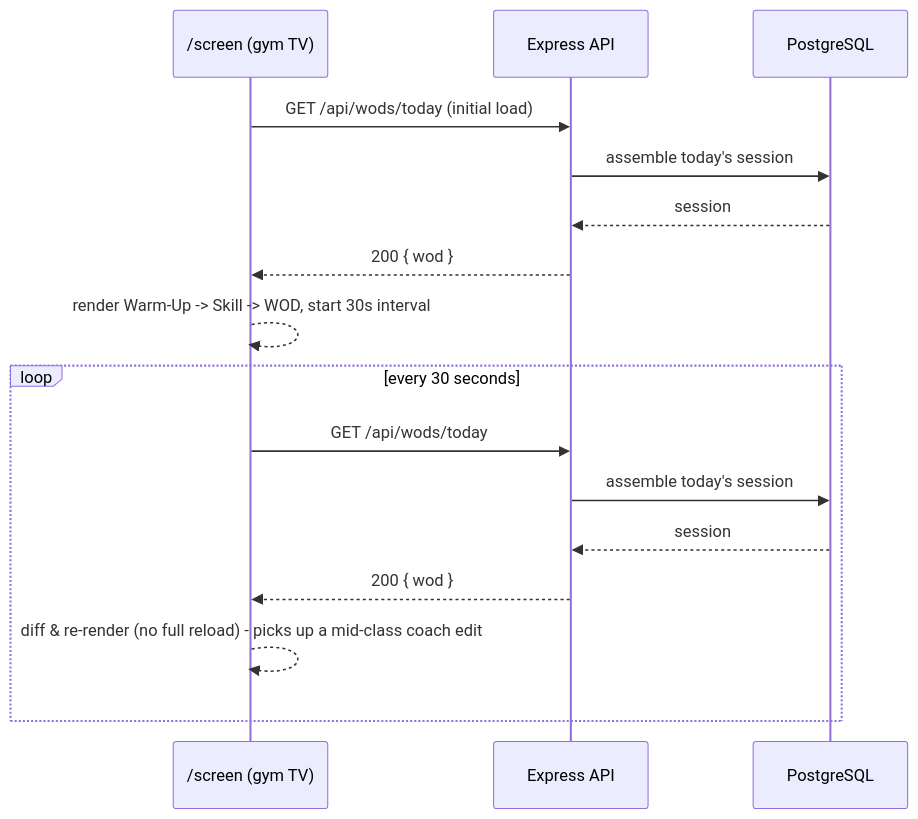
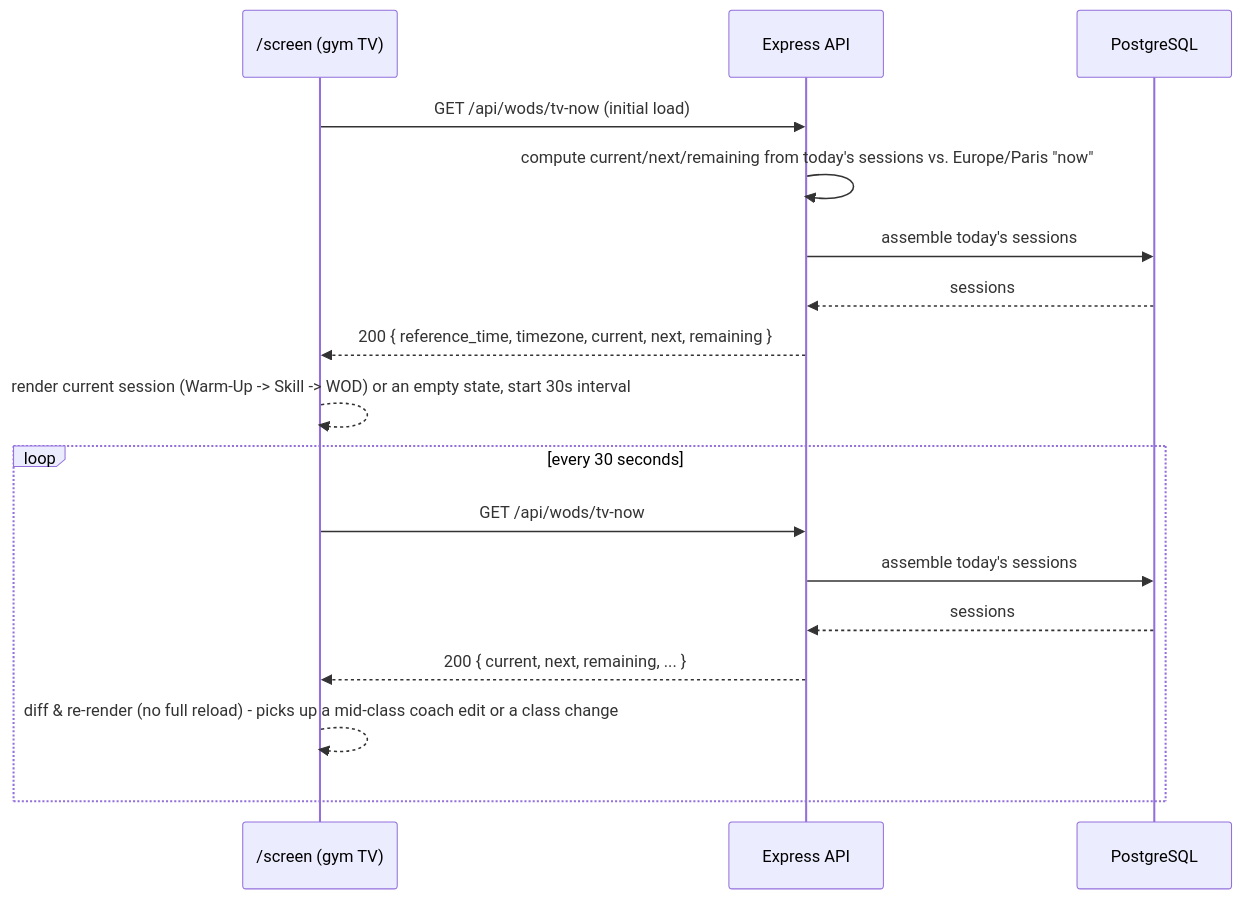
Before and after one commit to sharingankid/boxtrack: the fifth of 6 diagrams in docs/03-technical-documentation.md, drawn with Mermaid. The commit also changed other lines of this file, not shown here.

First line of the commit message:
docs(technical): sync Stage 3 doc with actual schema and API routes

````diff
--- a/docs/03-technical-documentation.md
+++ b/docs/03-technical-documentation.md
@@ -361,20 +370,21 @@
 ```mermaid
 sequenceDiagram
     participant Screen as /screen (gym TV)
     participant API as Express API
     participant DB as PostgreSQL
 
-    Screen->>API: GET /api/wods/today (initial load)
-    API->>DB: assemble today's session
-    DB-->>API: session
-    API-->>Screen: 200 { wod }
-    Screen-->>Screen: render Warm-Up -> Skill -> WOD, start 30s interval
+    Screen->>API: GET /api/wods/tv-now (initial load)
+    API->>API: compute current/next/remaining from today's sessions vs. Europe/Paris "now"
+    API->>DB: assemble today's sessions
+    DB-->>API: sessions
+    API-->>Screen: 200 { reference_time, timezone, current, next, remaining }
+    Screen-->>Screen: render current session (Warm-Up -> Skill -> WOD) or an empty state, start 30s interval
 
     loop every 30 seconds
-        Screen->>API: GET /api/wods/today
-        API->>DB: assemble today's session
-        DB-->>API: session
-        API-->>Screen: 200 { wod }
-        Screen-->>Screen: diff & re-render (no full reload) - picks up a mid-class coach edit
+        Screen->>API: GET /api/wods/tv-now
+        API->>DB: assemble today's sessions
+        DB-->>API: sessions
+        API-->>Screen: 200 { current, next, remaining, ... }
+        Screen-->>Screen: diff & re-render (no full reload) - picks up a mid-class coach edit or a class change
     end
 ```
````
